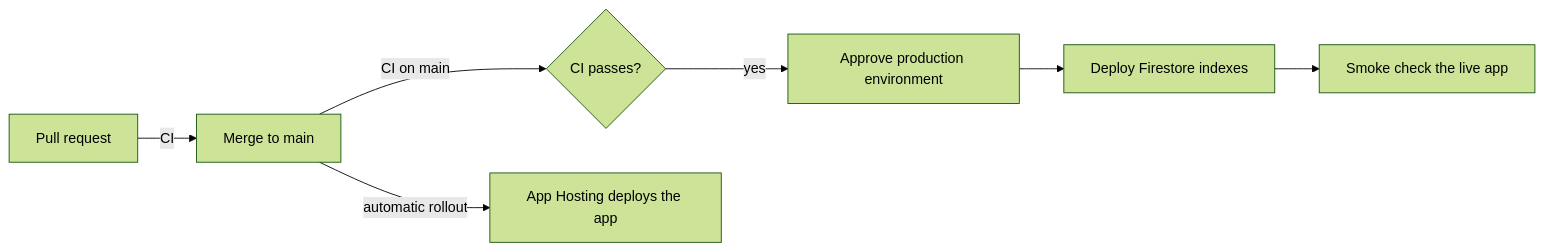
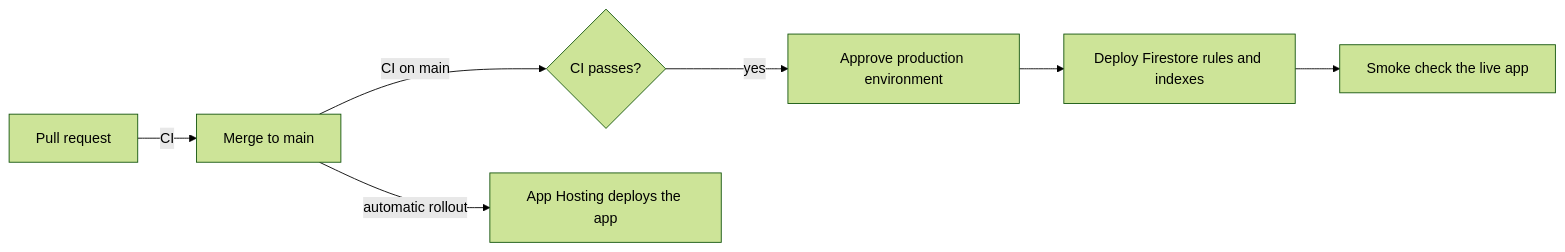
One commit to CS3227-2610-MP4-LibConnect/CS3227-2610-MP4 changed the fourth of 4 diagrams in docs/DeveloperGuide.md. Above: the diagram before and after it, drawn with Mermaid (forest theme). The commit also changed other lines of this file, not shown here.

First line of the commit message:
Docs: Describe the Firestore rules and quota order

````diff
--- a/docs/DeveloperGuide.md
+++ b/docs/DeveloperGuide.md
@@ -725,9 +729,9 @@
 ```mermaid
 flowchart LR
     PR[Pull request] -->|CI| Merge[Merge to main]
     Merge -->|CI on main| CI{CI passes?}
     Merge -->|automatic rollout| AH[App Hosting deploys the app]
     CI -->|yes| Gate[Approve production environment]
-    Gate --> Idx[Deploy Firestore indexes]
+    Gate --> Idx[Deploy Firestore rules and indexes]
     Idx --> Smoke[Smoke check the live app]
 ```
````
